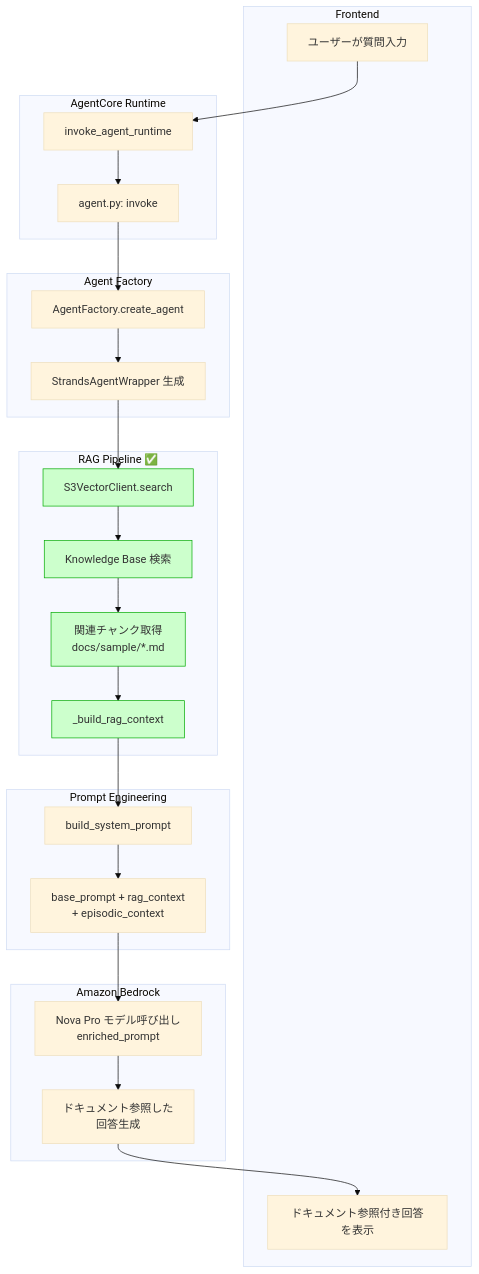
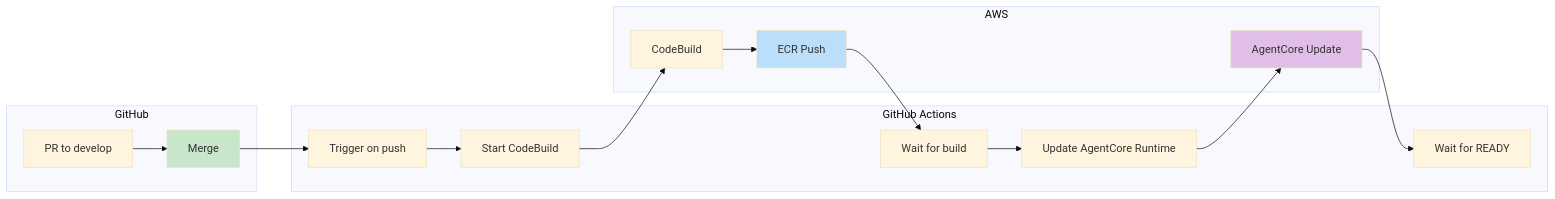
Before and after one commit to aezisai-inc/ai-agent-core-microservice-prot: the third of 3 diagrams in docs/architecture/rag-implementation-analysis.md, drawn with Mermaid (base theme). The commit also changed other lines of this file and 2 other files, not shown here.

First line of the commit message:
docs: RAG 実装トラブルシューティングレポート (#61)

````diff
--- a/docs/architecture/rag-implementation-analysis.md
+++ b/docs/architecture/rag-implementation-analysis.md
@@ -168,53 +326,35 @@
 ```mermaid
-flowchart TD
-    subgraph Frontend
-        A[ユーザーが質問入力]
-        Z[ドキュメント参照付き回答を表示]
+flowchart LR
+    subgraph GitHub
+        A[PR to develop]
+        B[Merge]
     end
     
-    subgraph AgentCore Runtime
-        B[invoke_agent_runtime]
-        C[agent.py: invoke]
+    subgraph "GitHub Actions"
+        C[Trigger on push]
+        D[Start CodeBuild]
+        E[Wait for build]
+        F[Update AgentCore Runtime]
+        G[Wait for READY]
     end
     
-    subgraph "Agent Factory"
-        D[AgentFactory.create_agent]
-        E[StrandsAgentWrapper 生成]
-    end
-    
-    subgraph "RAG Pipeline ✅"
-        F[S3VectorClient.search]
-        G[Knowledge Base 検索]
-        H[関連チャンク取得<br/>docs/sample/*.md]
-        I[_build_rag_context]
-    end
-    
-    subgraph "Prompt Engineering"
-        J[build_system_prompt]
-        K[base_prompt + rag_context<br/>+ episodic_context]
-    end
-    
-    subgraph Amazon Bedrock
-        L[Nova Pro モデル呼び出し<br/>enriched_prompt]
-        M[ドキュメント参照した<br/>回答生成]
+    subgraph AWS
+        H[CodeBuild]
+        I[ECR Push]
+        J[AgentCore Update]
     end
     
     A --> B
     B --> C
     C --> D
-    D --> E
+    D --> H
+    H --> I
+    I --> E
     E --> F
-    F --> G
-    G --> H
-    H --> I
-    I --> J
-    J --> K
-    K --> L
-    L --> M
-    M --> Z
+    F --> J
+    J --> G
     
-    style F fill:#ccffcc,stroke:#00aa00
-    style G fill:#ccffcc,stroke:#00aa00
-    style H fill:#ccffcc,stroke:#00aa00
-    style I fill:#ccffcc,stroke:#00aa00
+    style B fill:#c8e6c9
+    style I fill:#bbdefb
+    style J fill:#e1bee7
 ```
````
